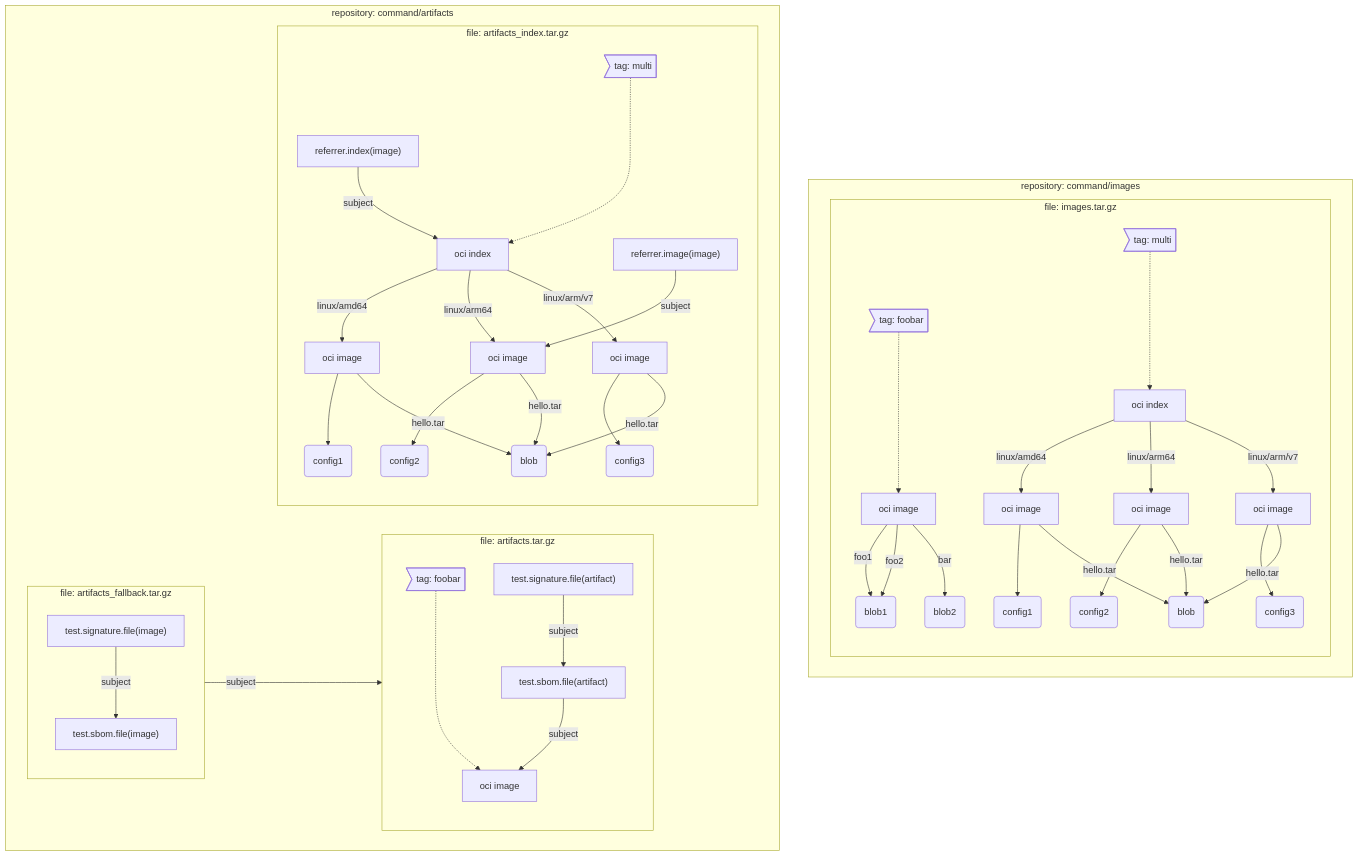
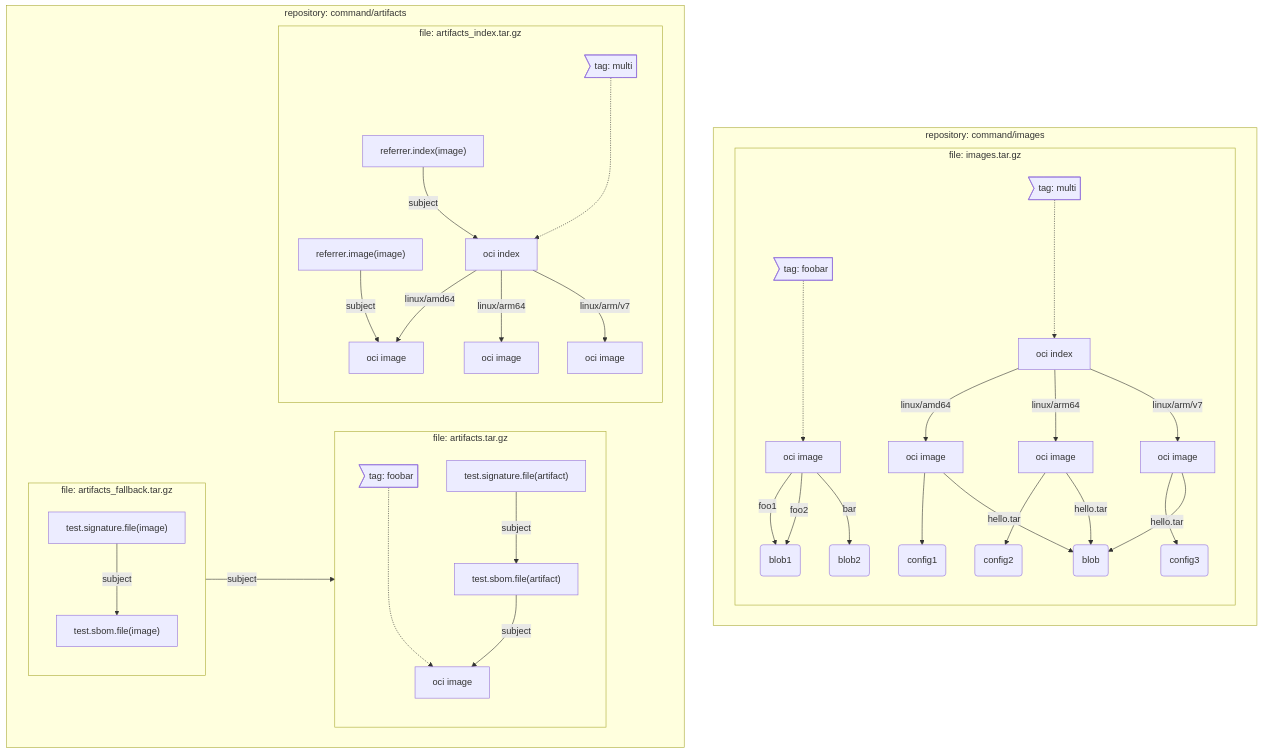
Before and after one commit to oras-project/oras: the first of 2 diagrams in test/e2e/README.md, drawn with Mermaid. The commit also changed 2 other files, not shown here.

Commit message:
update readme and consts

````diff
--- a/test/e2e/README.md
+++ b/test/e2e/README.md
@@ -72,54 +72,48 @@
 ```mermaid
 graph TD;
     subgraph "repository: command/images"
         subgraph "file: images.tar.gz"
             direction TB
             A0>tag: multi]-..->A1[oci index]
             A1--linux/amd64-->A2[oci image]
             A1--linux/arm64-->A3[oci image]
             A1--linux/arm/v7-->A4[oci image]
             A2-->A5(config1)
             A3-->A6(config2)
             A4-->A7(config3)
             A2-- hello.tar -->A8(blob)
             A3-- hello.tar -->A8(blob)
             A4-- hello.tar -->A8(blob)
 
             B0>tag: foobar]-..->B1[oci image]
             B1-- foo1 -->B2(blob1)
             B1-- foo2 -->B2(blob1)
             B1-- bar -->B3(blob2)
         end
     end
     
     subgraph "repository: command/artifacts"
         subgraph "file: artifacts.tar.gz"
             direction TB
             C0>tag: foobar]-..->C1[oci image]
             
             direction TB
             E1["test.sbom.file(artifact)"] -- subject --> C1
             E2["test.signature.file(artifact)"] -- subject --> E1
         end
         subgraph "file: artifacts_fallback.tar.gz"
             direction TB
             D1["test.sbom.file(image)"] -- subject --> C1
             D2["test.signature.file(image)"] -- subject --> D1
-        end        
+        end
         subgraph "file: artifacts_index.tar.gz"
             direction TB
             F0>tag: multi]-..->F1[oci index]
             F1--linux/amd64-->F2[oci image]
             F1--linux/arm64-->F3[oci image]
             F1--linux/arm/v7-->F4[oci image]
-            F2-->F5(config1)
-            F3-->F6(config2)
-            F4-->F7(config3)
-            F2-- hello.tar -->F8(blob)
-            F3-- hello.tar -->F8(blob)
-            F4-- hello.tar -->F8(blob)
-            F9["referrer.index(image)"] --subject--> F1
-            F10["referrer.image(image)"] --subject--> F3
+            G1["referrer.index(image)"] -- subject --> F1
+            G2["referrer.image(image)"] -- subject --> F2
         end
     end
 ```
````
